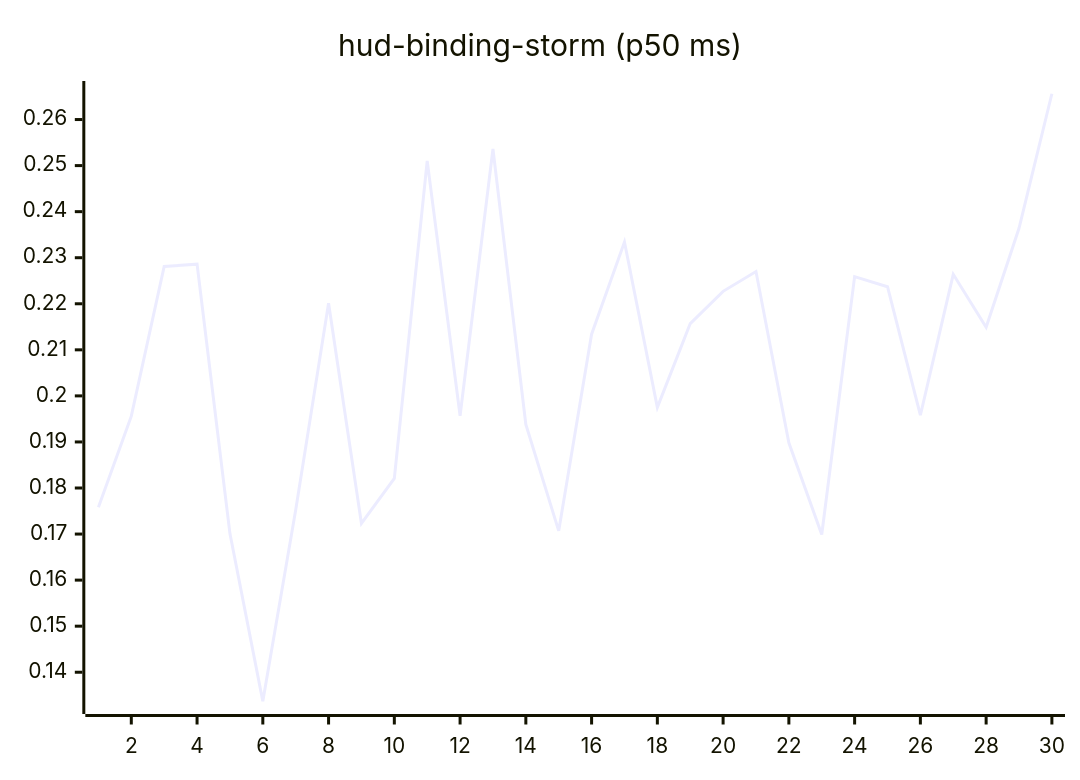
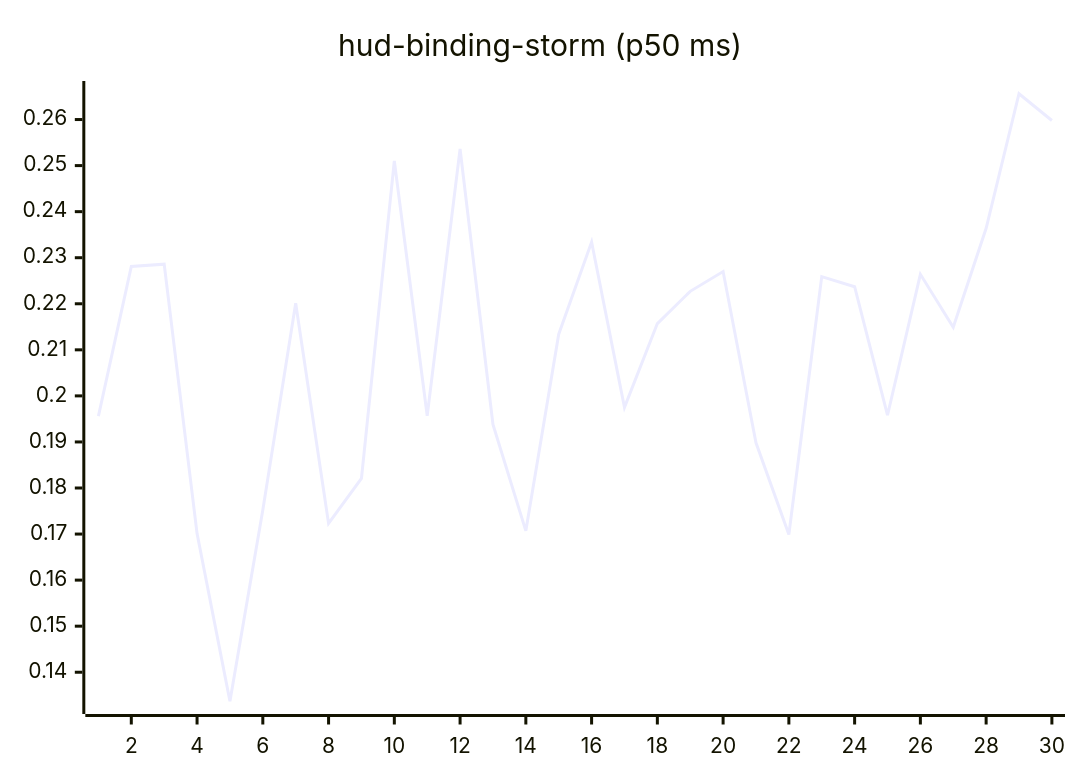
Before and after one commit to josha/Facet: the tenth of 27 diagrams in README.md, drawn with Mermaid. The commit also changed other lines of this file and 2 other files, not shown here.

````diff
--- a/README.md
+++ b/README.md
@@ -126,6 +126,6 @@
 ```mermaid
 xychart-beta
     title "hud-binding-storm (p50 ms)"
     x-axis 1 --> 30
-    line [0.1758, 0.1956, 0.2281, 0.2286, 0.1701, 0.1337, 0.1752, 0.2201, 0.1723, 0.1821, 0.2510, 0.1957, 0.2536, 0.1938, 0.1707, 0.2134, 0.2334, 0.1975, 0.2157, 0.2227, 0.2270, 0.1898, 0.1699, 0.2259, 0.2237, 0.1958, 0.2264, 0.2149, 0.2364, 0.2656]
+    line [0.1956, 0.2281, 0.2286, 0.1701, 0.1337, 0.1752, 0.2201, 0.1723, 0.1821, 0.2510, 0.1957, 0.2536, 0.1938, 0.1707, 0.2134, 0.2334, 0.1975, 0.2157, 0.2227, 0.2270, 0.1898, 0.1699, 0.2259, 0.2237, 0.1958, 0.2264, 0.2149, 0.2364, 0.2656, 0.2598]
 ```
````
